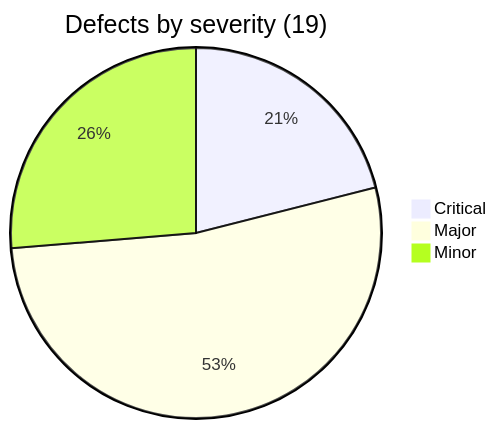
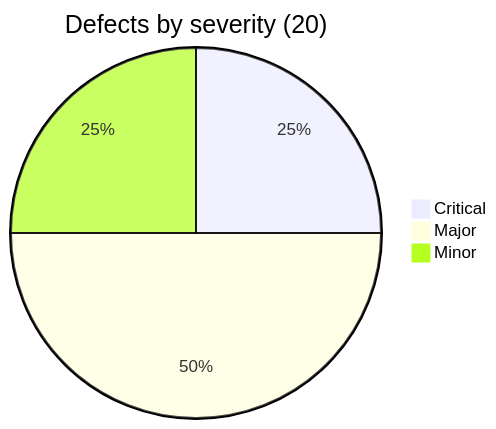
One commit to jahidulislamrihan26/sqa-portfolio changed the second of 2 diagrams in manual-testing/docs/05-test-summary-report.md. Above: the diagram before and after it, drawn with Mermaid. The commit also changed other lines of this file and 37 other files, not shown here.

````diff
--- a/manual-testing/docs/05-test-summary-report.md
+++ b/manual-testing/docs/05-test-summary-report.md
@@ -40,6 +40,6 @@
 ```mermaid
-pie title Defects by severity (19)
-    "Critical" : 4
+pie title Defects by severity (20)
+    "Critical" : 5
     "Major" : 10
     "Minor" : 5
 ```
````
